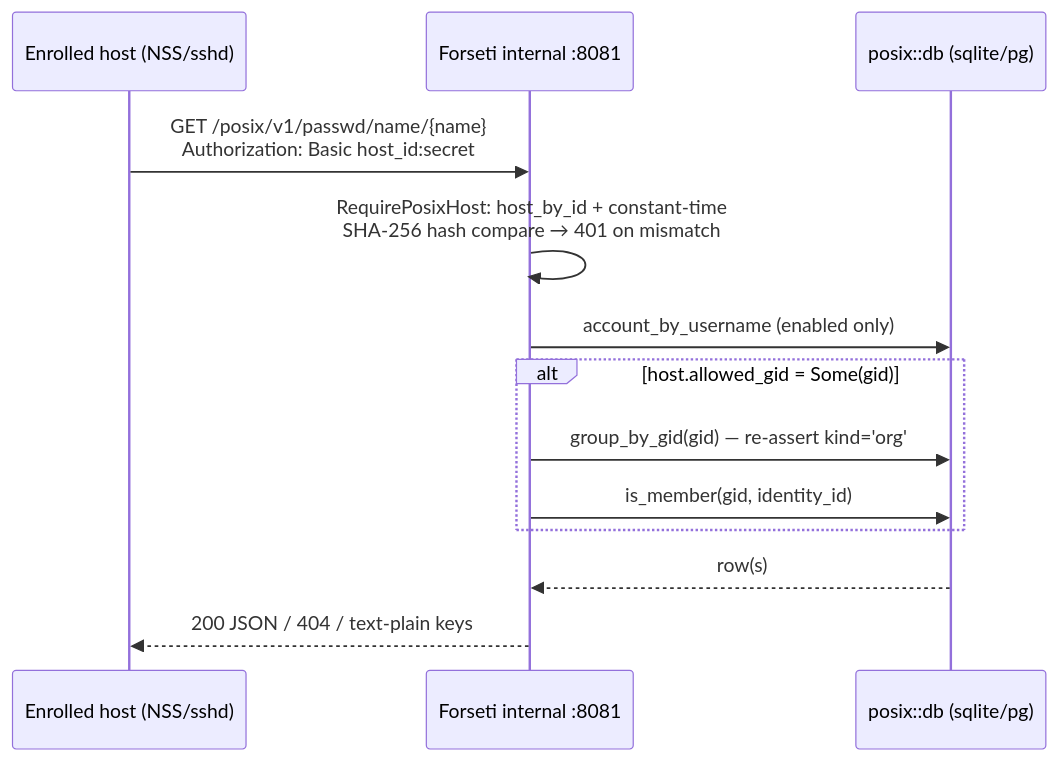
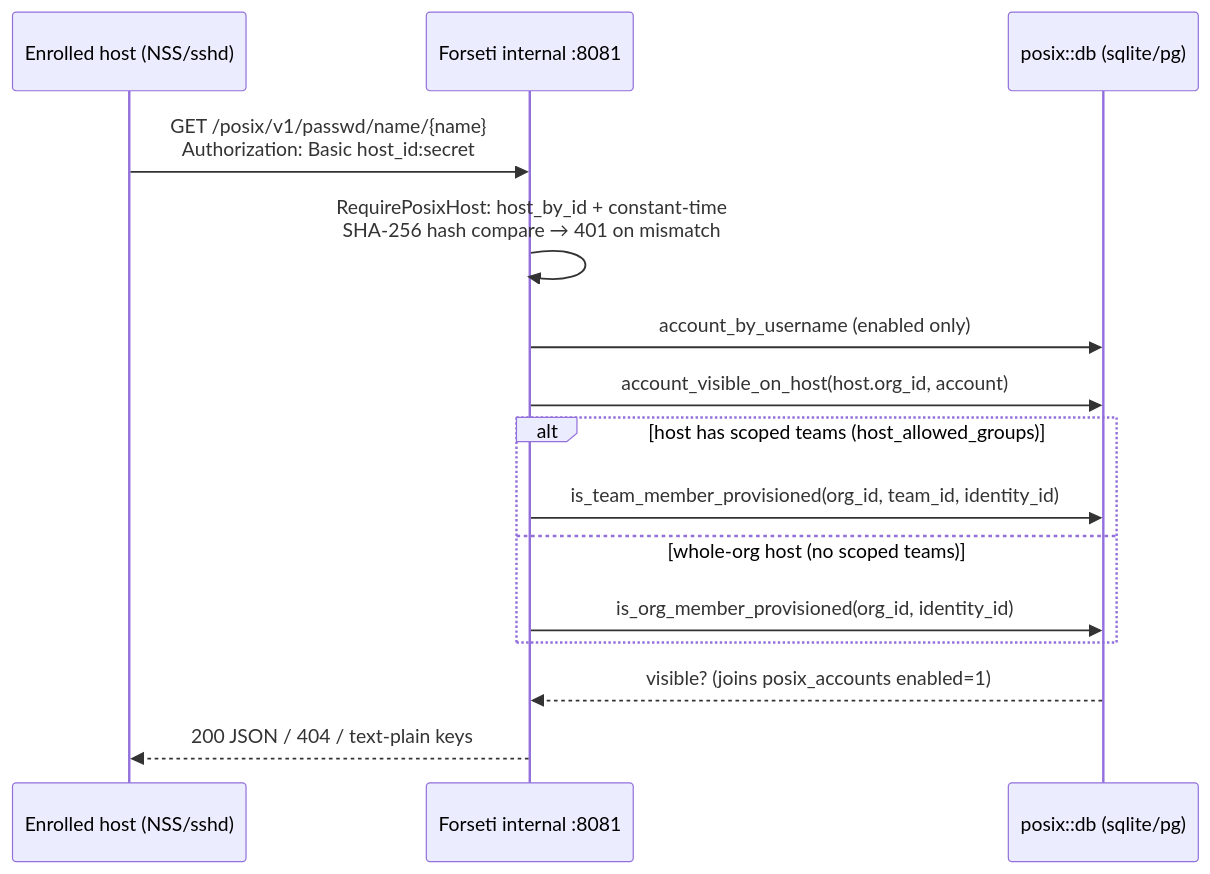
Diagram 21 of 23 in docs/dev/flows.md (franzos/forseti), drawn with Mermaid before and after one commit. The commit also changed other lines of this file and 167 other files, not shown here.

Commit message:
feat: org teams, member visibility, and org-scoped POSIX hosts

````diff
--- a/docs/dev/flows.md
+++ b/docs/dev/flows.md
@@ -1977,16 +2114,18 @@
 ```mermaid
 sequenceDiagram
     participant Host as Enrolled host (NSS/sshd)
     participant Internal as Forseti internal :8081
     participant DB as posix::db (sqlite/pg)
 
     Host->>Internal: GET /posix/v1/passwd/name/{name}<br/>Authorization: Basic host_id:secret
     Internal->>Internal: RequirePosixHost: host_by_id + constant-time<br/>SHA-256 hash compare → 401 on mismatch
     Internal->>DB: account_by_username (enabled only)
-    alt host.allowed_gid = Some(gid)
-        Internal->>DB: group_by_gid(gid) — re-assert kind='org'
-        Internal->>DB: is_member(gid, identity_id)
+    Internal->>DB: account_visible_on_host(host.org_id, account)
+    alt host has scoped teams (host_allowed_groups)
+        Internal->>DB: is_team_member_provisioned(org_id, team_id, identity_id)
+    else whole-org host (no scoped teams)
+        Internal->>DB: is_org_member_provisioned(org_id, identity_id)
     end
-    DB-->>Internal: row(s)
+    DB-->>Internal: visible? (joins posix_accounts enabled=1)
     Internal-->>Host: 200 JSON / 404 / text-plain keys
 ```
````
